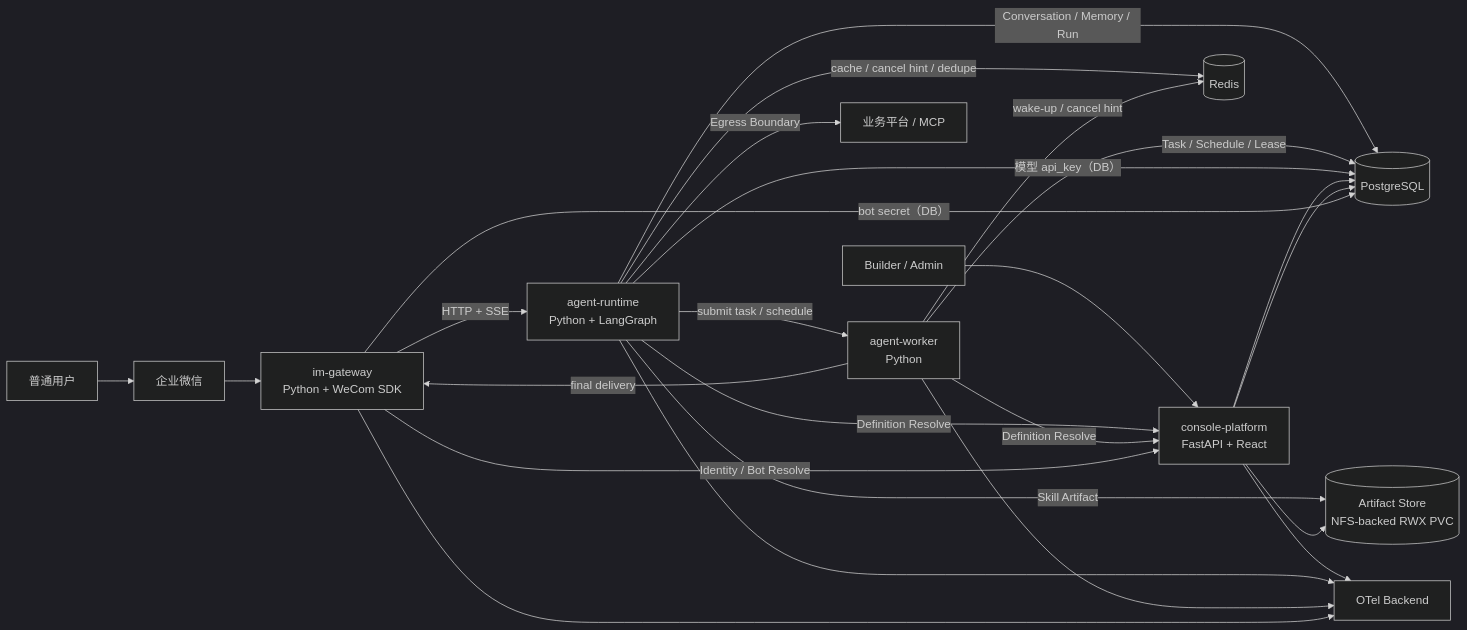
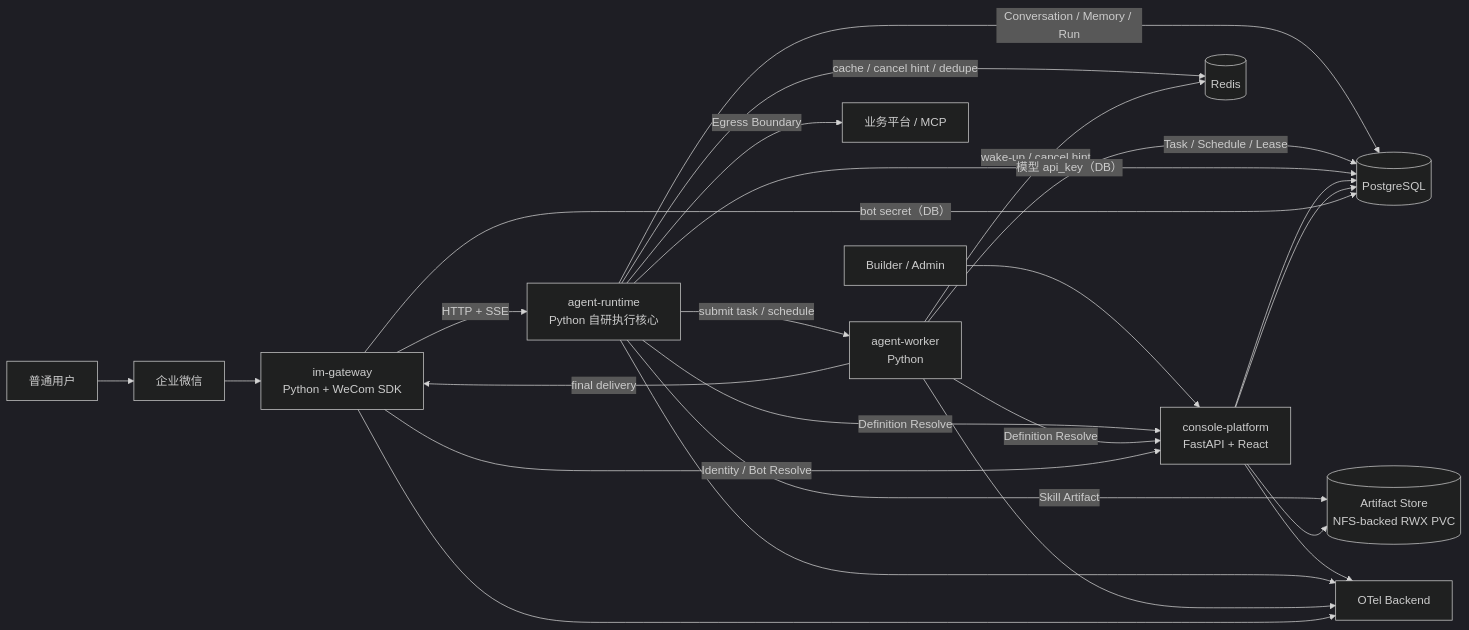
The diagram in docs/00-详细设计索引与设计基线.md (Michaelxwb/fluxion-harness), drawn with Mermaid (dark theme) before and after one commit. The commit also changed other lines of this file and 14 other files, not shown here.

````diff
--- a/docs/00-详细设计索引与设计基线.md
+++ b/docs/00-详细设计索引与设计基线.md
@@ -477,27 +477,27 @@
 ```mermaid
 flowchart LR
     Admin[Builder / Admin] --> CP[console-platform\nFastAPI + React]
     User[普通用户] --> WeCom[企业微信]
     WeCom --> IG[im-gateway\nPython + WeCom SDK]
-    IG -->|HTTP + SSE| AR[agent-runtime\nPython + LangGraph]
+    IG -->|HTTP + SSE| AR[agent-runtime\nPython 自研执行核心]
     AR -->|submit task / schedule| AW[agent-worker\nPython]
     AW -->|final delivery| IG
     AR -->|Definition Resolve| CP
     AW -->|Definition Resolve| CP
     AR -->|Skill Artifact| OS[(Artifact Store\nNFS-backed RWX PVC)]
     AR -->|Conversation / Memory / Run| PG[(PostgreSQL)]
     AW -->|Task / Schedule / Lease| PG
     AR -->|cache / cancel hint / dedupe| Redis[(Redis)]
     AW -->|wake-up / cancel hint| Redis
     AR -->|模型 api_key（DB）| PG
     AR -->|Egress Boundary| Biz[业务平台 / MCP]
     CP --> PG
     CP --> OS
     CP --> PG
     IG -->|bot secret（DB）| PG
     IG -->|Identity / Bot Resolve| CP
     CP --> OTel[OTel Backend]
     AR --> OTel
     AW --> OTel
     IG --> OTel
 ```
````
